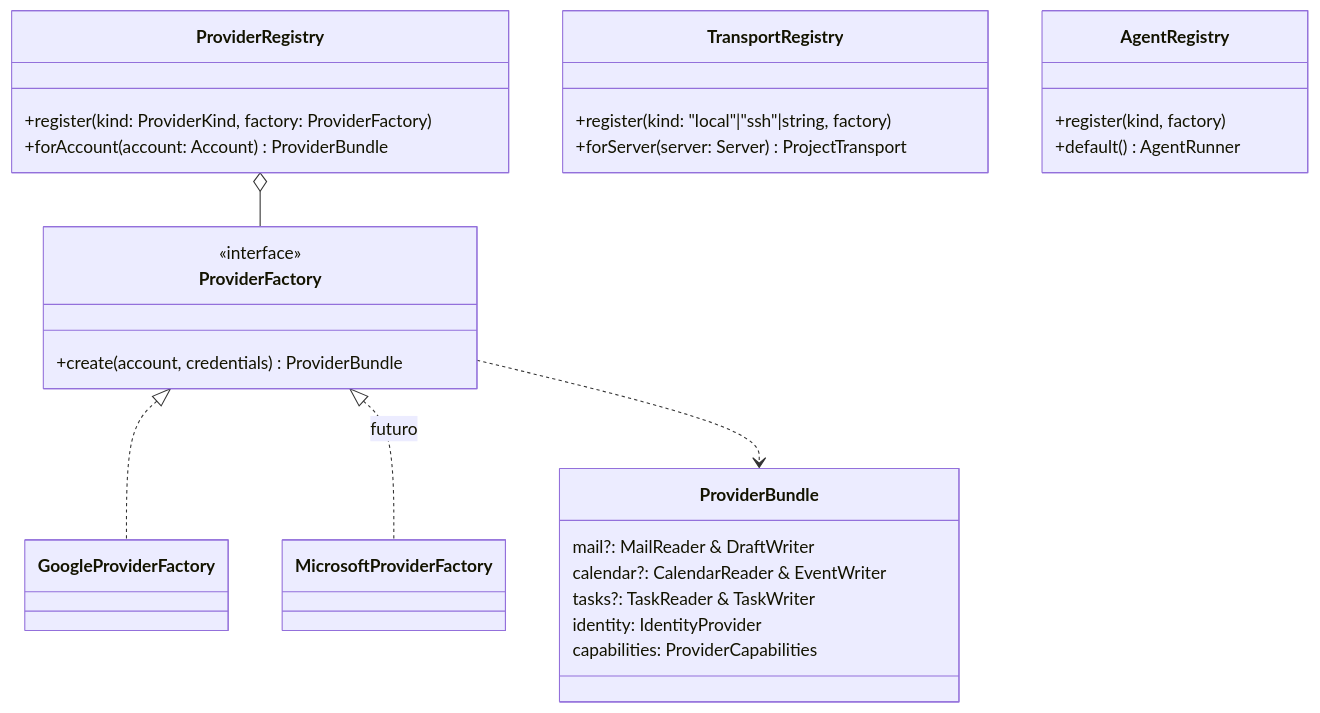
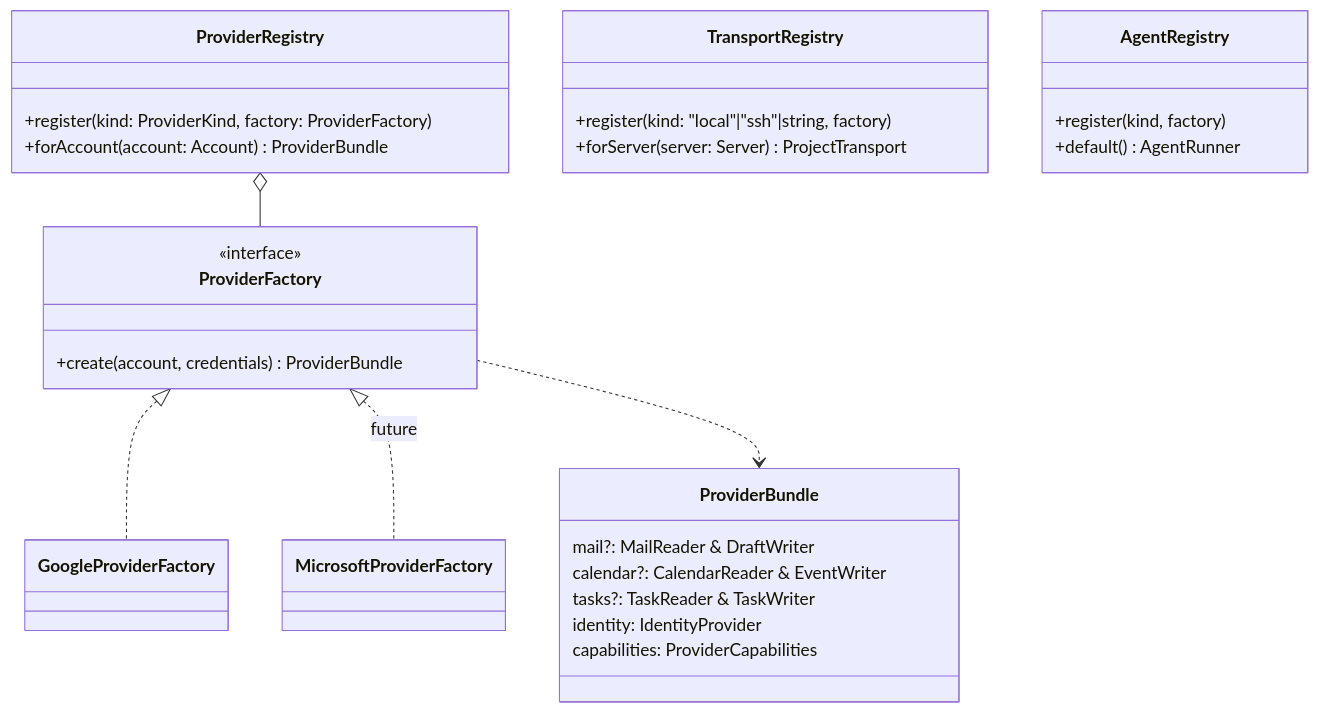
The fifth of 9 diagrams in docs/architecture.md (srovere/jarvis), drawn with Mermaid before and after one commit. The commit also changed other lines of this file and 68 other files, not shown here.

````diff
--- a/docs/architecture.md
+++ b/docs/architecture.md
@@ -185,33 +185,33 @@
 ```mermaid
 classDiagram
   class ProviderRegistry {
     +register(kind: ProviderKind, factory: ProviderFactory)
     +forAccount(account: Account) ProviderBundle
   }
   class ProviderFactory {
     <<interface>>
     +create(account, credentials) ProviderBundle
   }
   class ProviderBundle {
     mail?: MailReader & DraftWriter
     calendar?: CalendarReader & EventWriter
     tasks?: TaskReader & TaskWriter
     identity: IdentityProvider
     capabilities: ProviderCapabilities
   }
   class GoogleProviderFactory
   class MicrosoftProviderFactory
   ProviderFactory <|.. GoogleProviderFactory
-  ProviderFactory <|.. MicrosoftProviderFactory : futuro
+  ProviderFactory <|.. MicrosoftProviderFactory : future
   ProviderRegistry o-- ProviderFactory
   ProviderFactory ..> ProviderBundle
 
   class TransportRegistry {
     +register(kind: "local"|"ssh"|string, factory)
     +forServer(server: Server) ProjectTransport
   }
   class AgentRegistry {
     +register(kind, factory)
     +default() AgentRunner
   }
 ```
````
